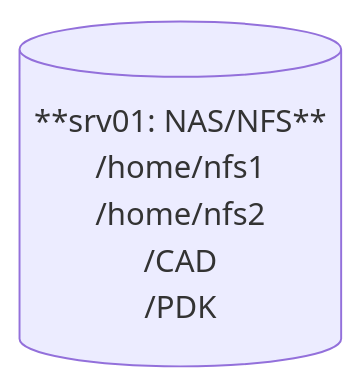
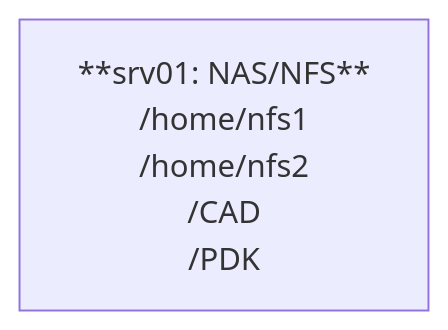
Before and after one commit to silicon-vlsi/silicon-vlsi.github.io: the first of 2 diagrams in wiki/wiki-it.md, drawn with Mermaid.

````diff
--- a/wiki/wiki-it.md
+++ b/wiki/wiki-it.md
@@ -1287,10 +1287,10 @@
 ```mermaid
 graph TD;
 
-  srv01[(**srv01: NAS/NFS**
+  srv01[**srv01: NAS/NFS**
           /home/nfs1
           /home/nfs2
           /CAD
           /PDK
-         )];
+         ];
 ```
````
